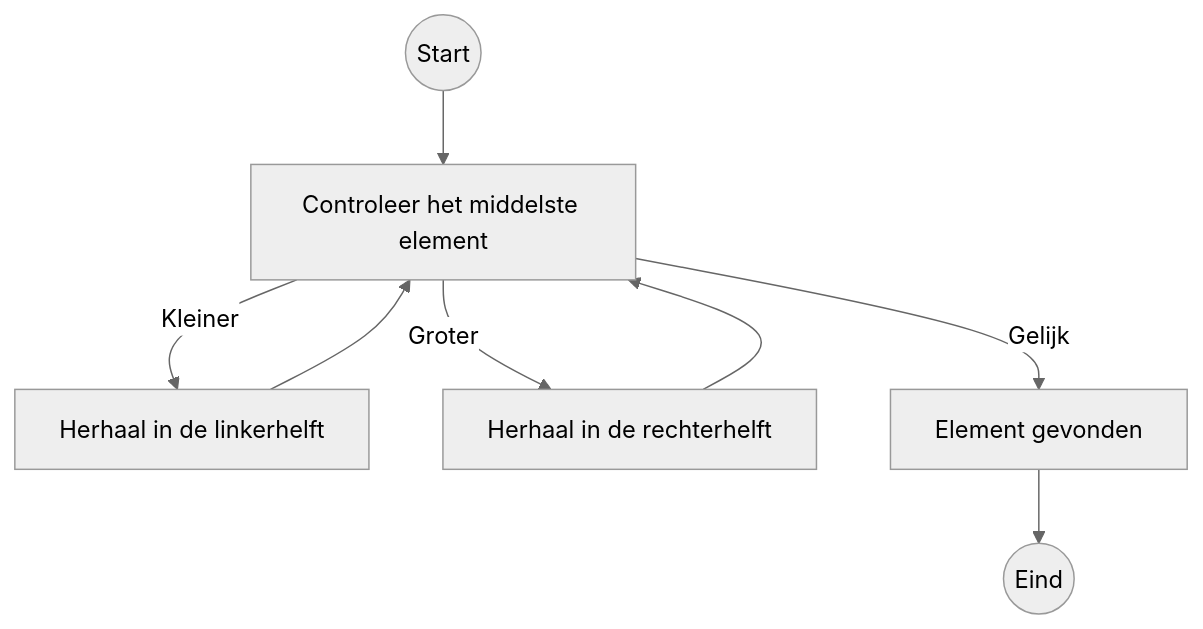
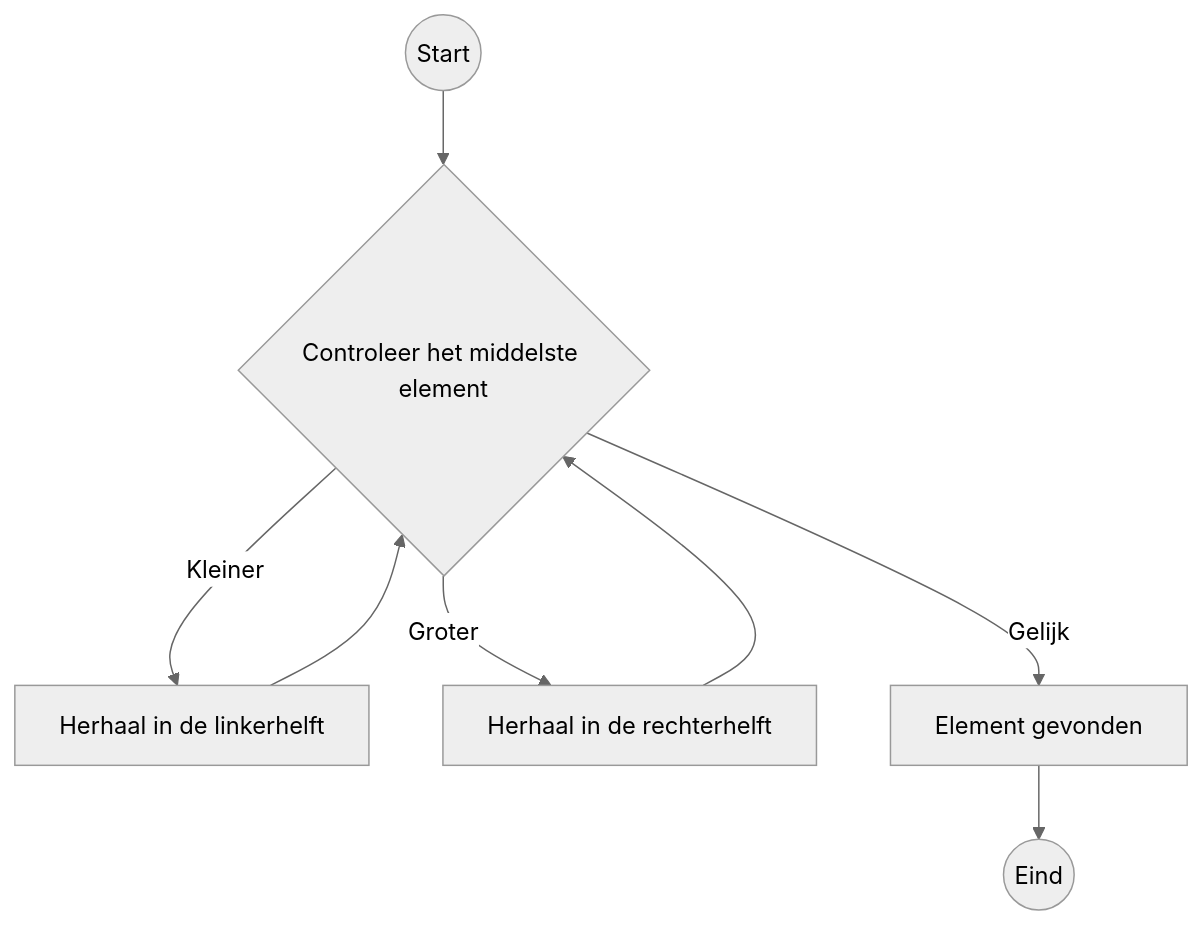
Before and after one commit to verwo/algoritmes: the diagram in H2/H2.md, drawn with Mermaid (neutral theme).

````diff
--- a/H2/H2.md
+++ b/H2/H2.md
@@ -53,10 +53,10 @@
 ```mermaid
 graph TD;
-    Start((Start)) --> CheckMidden[Controleer het middelste element];
+    Start((Start)) --> CheckMidden{Controleer het middelste element};
     CheckMidden -->|Kleiner| Linkerhelft[Herhaal in de linkerhelft];
     CheckMidden -->|Groter| Rechterhelft[Herhaal in de rechterhelft];
     CheckMidden -->|Gelijk| Gevonden[Element gevonden];
     Linkerhelft --> CheckMidden;
     Rechterhelft --> CheckMidden;
     Gevonden --> Eind((Eind));
 ```
````
